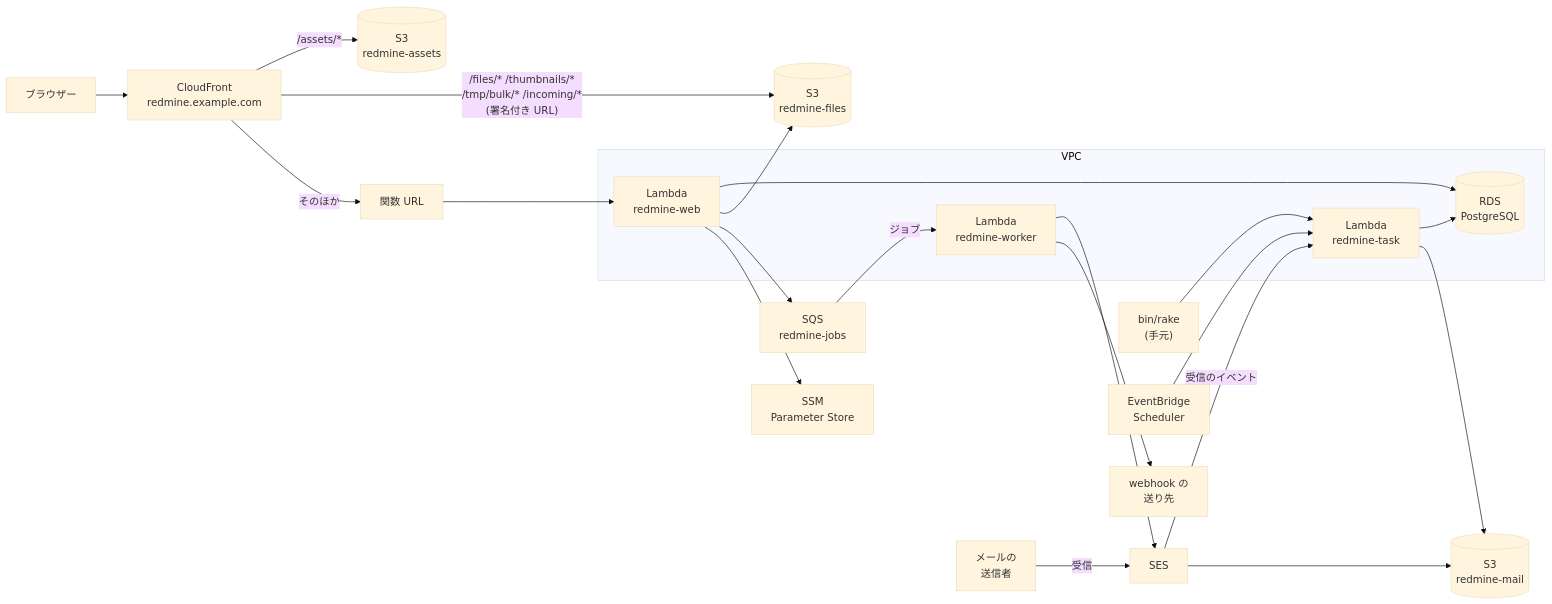
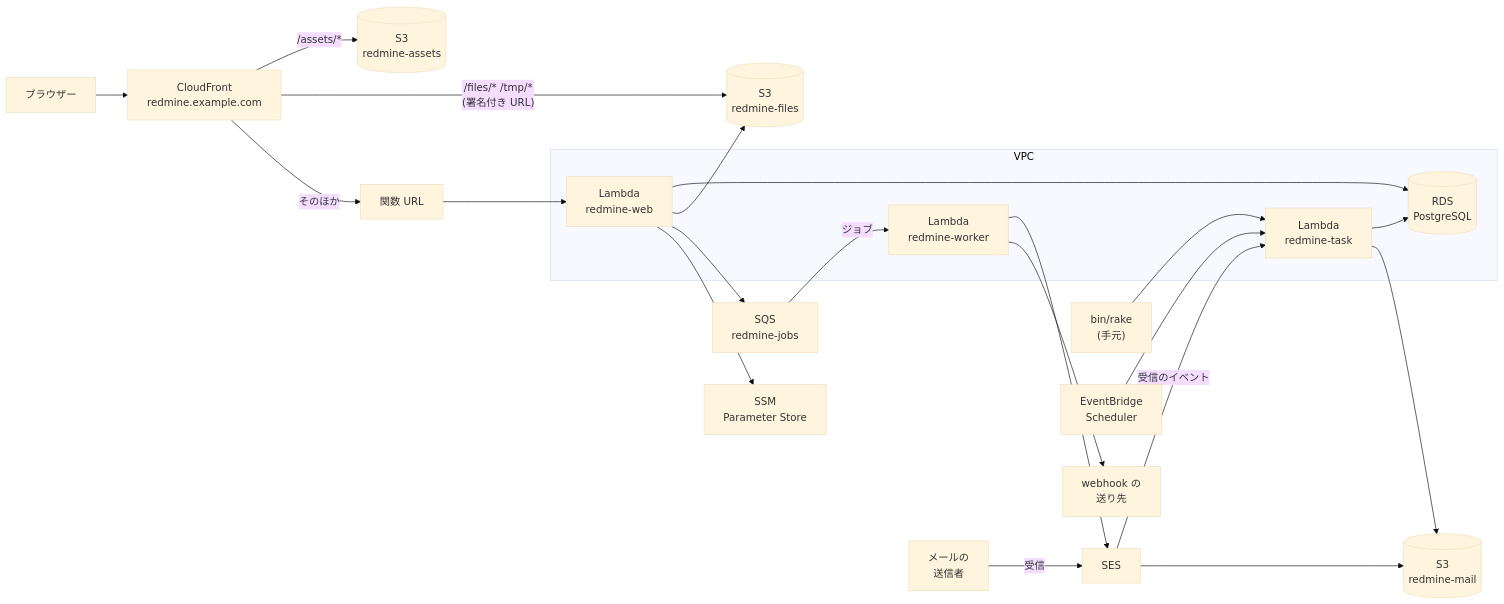
Before and after one commit to redmine-kit/serverless: the diagram in docs/ja/architecture.md, drawn with Mermaid (base theme). The commit also changed other lines of this file and 13 other files, not shown here.

````diff
--- a/docs/ja/architecture.md
+++ b/docs/ja/architecture.md
@@ -21,41 +21,41 @@
 ```mermaid
 flowchart LR
   user["ブラウザー"]
   sender["メールの<br>送信者"]
   cf["CloudFront<br>redmine.example.com"]
   url["関数 URL"]
   assets[("S3<br>redmine-assets")]
   subgraph vpc["VPC"]
     app["Lambda<br>redmine-web"]
     worker["Lambda<br>redmine-worker"]
     task["Lambda<br>redmine-task"]
     rds[("RDS<br>PostgreSQL")]
   end
   sqs["SQS<br>redmine-jobs"]
   files[("S3<br>redmine-files")]
   mail[("S3<br>redmine-mail")]
   ses["SES"]
   ssm["SSM<br>Parameter Store"]
   ext["webhook の<br>送り先"]
   cli["bin/rake<br>(手元)"]
   sch["EventBridge<br>Scheduler"]
 
   user --> cf
   cf -- "/assets/*" --> assets
-  cf -- "/files/* /thumbnails/*<br>/tmp/bulk/* /incoming/*<br>(署名付き URL)" --> files
+  cf -- "/files/* /tmp/*<br>(署名付き URL)" --> files
   cf -- "そのほか" --> url --> app
   app --> rds
   app --> files
   app --> sqs
   app --> ssm
   sqs -- "ジョブ" --> worker
   worker --> ses
   worker --> ext
   sender -- "受信" --> ses
   ses --> mail
   ses -- "受信のイベント" --> task
   cli --> task
   sch --> task
   task --> rds
   task --> mail
 ```
````
